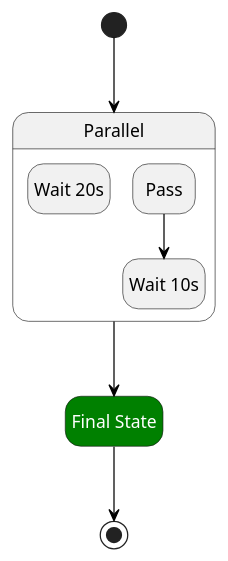
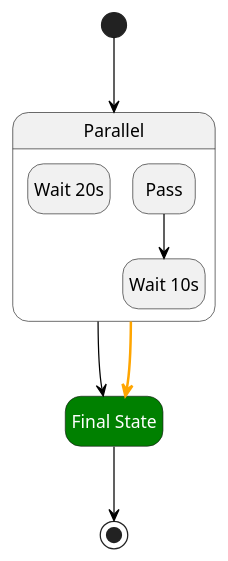
The diagram in src/__tests__/pumls/parallel.asl.puml (massfords/asl-puml), drawn with PlantUML before and after one commit. The commit also changed 3 other files, not shown here.

```diff
--- a/src/__tests__/pumls/parallel.asl.puml
+++ b/src/__tests__/pumls/parallel.asl.puml
@@ -2,22 +2,23 @@
 @startuml
 hide empty description
 skinparam LineBackgroundColor #black
 skinparam ArrowColor #black
 skinparam state {
     BackgroundColor<<aslFail>> #red
     FontColor<<aslFail>> #white
 
     BackgroundColor<<aslSucceed>> #green
     FontColor<<aslSucceed>> #white
 }
 state "Parallel" as state1<<aslParallel>> {
 state "Wait 20s" as state3<<aslWait>>
 state "Pass" as state4<<aslPass>>
 state "Wait 10s" as state5<<aslWait>>
 }
 state "Final State" as state2<<aslSucceed>>
 [*] --> state1
 state1 --> state2
+state1 -[bold,#orange]-> state2
 state2 --> [*]
 state4 --> state5
 @enduml
```
